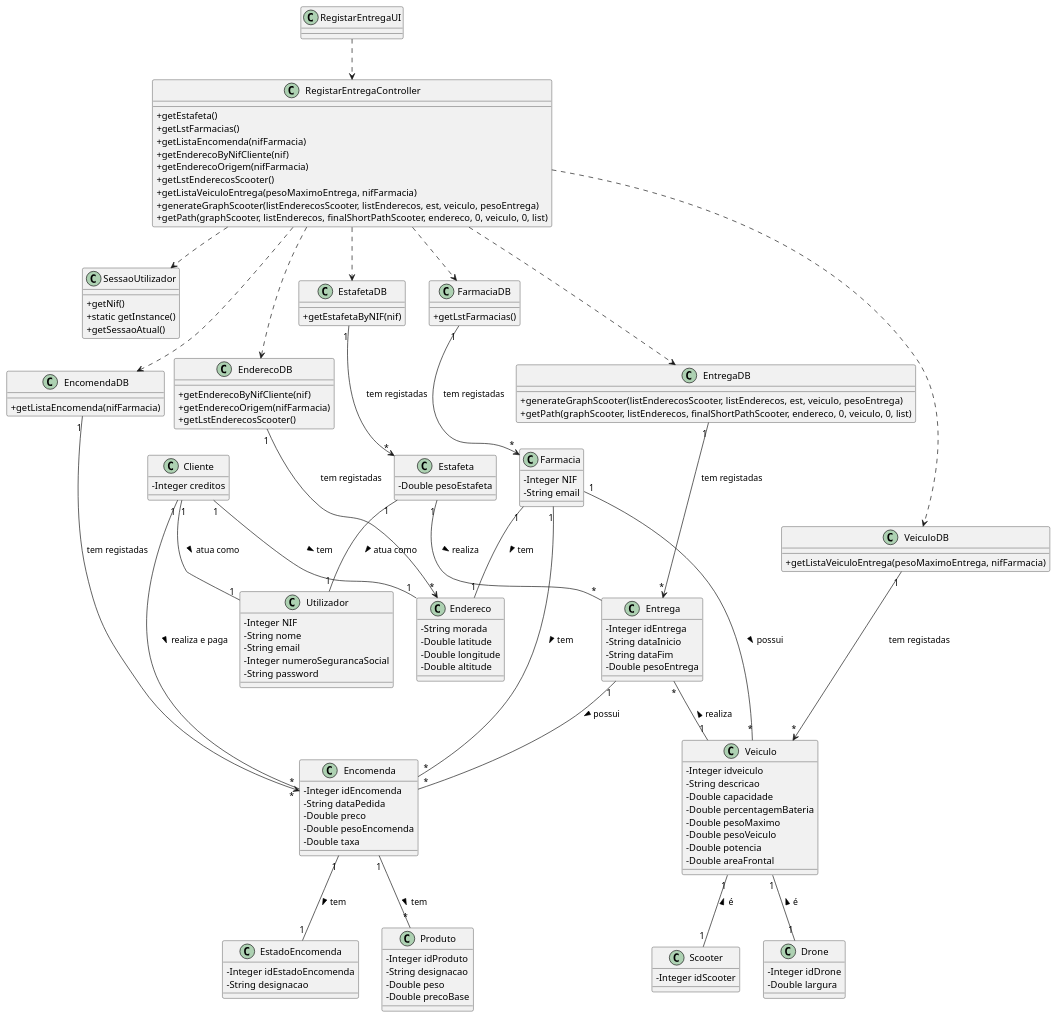
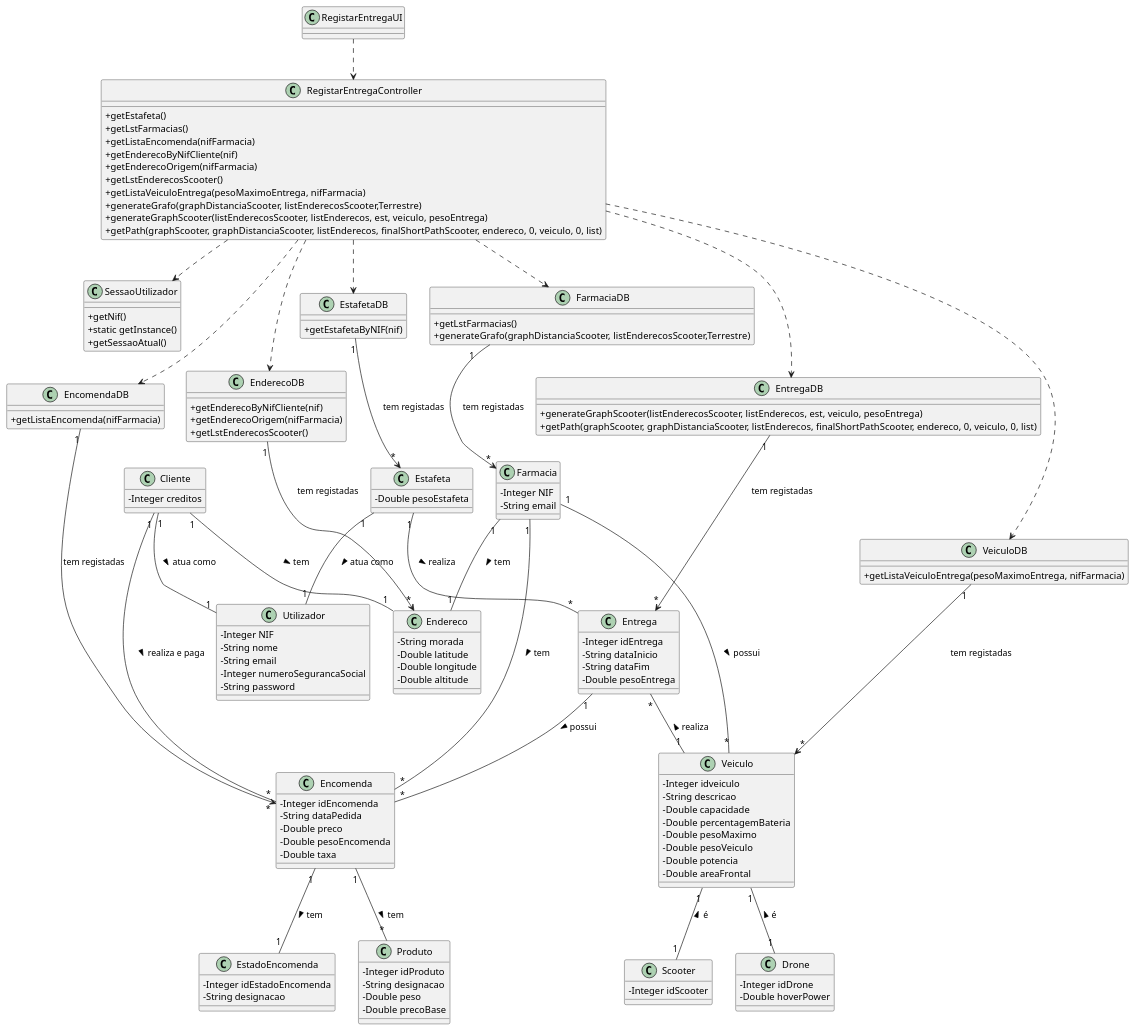
The diagram in docs/UC11/IniciaEntregaCD.puml (pedrolemos4/LAPR3), drawn with PlantUML before and after one commit. The commit also changed 27 other files, not shown here.

```diff
--- a/docs/UC11/IniciaEntregaCD.puml
+++ b/docs/UC11/IniciaEntregaCD.puml
@@ -1,159 +1,161 @@
 @startuml
 skinparam classAttributeIconSize 0
 
 class SessaoUtilizador{
   +getNif()
   +static getInstance()
   +getSessaoAtual()
 }
 
 class FarmaciaDB{
   +getLstFarmacias()
+  +generateGrafo(graphDistanciaScooter, listEnderecosScooter,Terrestre)
 }
 
 class VeiculoDB{
   +getListaVeiculoEntrega(pesoMaximoEntrega, nifFarmacia)
 }
 
 class EnderecoDB {
   +getEnderecoByNifCliente(nif)
   +getEnderecoOrigem(nifFarmacia)
   +getLstEnderecosScooter()
 }
 
 class EncomendaDB {
   +getListaEncomenda(nifFarmacia)
 }
 
 class Entrega {
   -Integer idEntrega
   -String dataInicio
   -String dataFim
   -Double pesoEntrega
 }
 
 class EntregaDB {
   +generateGraphScooter(listEnderecosScooter, listEnderecos, est, veiculo, pesoEntrega)
-  +getPath(graphScooter, listEnderecos, finalShortPathScooter, endereco, 0, veiculo, 0, list)
+  +getPath(graphScooter, graphDistanciaScooter, listEnderecos, finalShortPathScooter, endereco, 0, veiculo, 0, list)
 }
 
 class EstafetaDB {
   +getEstafetaByNIF(nif)
 }
 
 class RegistarEntregaController {
   +getEstafeta()
   +getLstFarmacias()
   +getListaEncomenda(nifFarmacia)
   +getEnderecoByNifCliente(nif)
   +getEnderecoOrigem(nifFarmacia)
   +getLstEnderecosScooter()
   +getListaVeiculoEntrega(pesoMaximoEntrega, nifFarmacia)
+  +generateGrafo(graphDistanciaScooter, listEnderecosScooter,Terrestre)
   +generateGraphScooter(listEnderecosScooter, listEnderecos, est, veiculo, pesoEntrega)
-  +getPath(graphScooter, listEnderecos, finalShortPathScooter, endereco, 0, veiculo, 0, list)
+  +getPath(graphScooter, graphDistanciaScooter, listEnderecos, finalShortPathScooter, endereco, 0, veiculo, 0, list)
 }
 
 class RegistarEntregaUI {
 }
 
 class Encomenda {
   -Integer idEncomenda
   -String dataPedida
   -Double preco
   -Double pesoEncomenda
   -Double taxa
 }
 
 class Estafeta {
   -Double pesoEstafeta
 }
 
 class Scooter {
   -Integer idScooter
 }
 
 class Endereco {
   -String morada
   -Double latitude
   -Double longitude
   -Double altitude
 }
 
 class Cliente {
   -Integer creditos
 }
 
 class EstadoEncomenda {
   -Integer idEstadoEncomenda
   -String designacao
 }
 
 class Produto {
   -Integer idProduto
   -String designacao
   -Double peso
   -Double precoBase
 }
 
 class Utilizador {
   -Integer NIF
   -String nome
   -String email
   -Integer numeroSegurancaSocial
   -String password
 }
 
 class Veiculo {
   -Integer idveiculo
   -String descricao
   -Double capacidade
   -Double percentagemBateria
   -Double pesoMaximo
   -Double pesoVeiculo
   -Double potencia
   -Double areaFrontal
 }
 
 class Drone {
   -Integer idDrone
-  -Double largura
+  -Double hoverPower
 }
 
 class Farmacia {
   -Integer NIF
   -String email
 }
 
 RegistarEntregaUI ..> RegistarEntregaController
 
 RegistarEntregaController ..> EstafetaDB
 RegistarEntregaController ..> EnderecoDB
 RegistarEntregaController ..> FarmaciaDB
 RegistarEntregaController ..> EntregaDB
 RegistarEntregaController ..> EncomendaDB
 RegistarEntregaController ..> VeiculoDB
 RegistarEntregaController ..> SessaoUtilizador
 
 EntregaDB "1" --> "*" Entrega : tem registadas
 EstafetaDB "1" --> "*" Estafeta : tem registadas
 EncomendaDB "1" --> "*" Encomenda : tem registadas
 EnderecoDB "1" --> "*" Endereco : tem registadas
 FarmaciaDB "1" --> "*" Farmacia : tem registadas
 VeiculoDB "1" --> "*" Veiculo : tem registadas
 
 Estafeta "1" -- "1" Utilizador: atua como >
 Cliente "1" -- "1" Utilizador: atua como >
 Veiculo "1" -- "1" Drone: é <
 Veiculo "1" -- "1" Scooter: é <
 Entrega "*" -- "1" Veiculo: realiza <
 Encomenda "1" -- "*" Produto: tem >
 Entrega "1" -- "*" Encomenda : possui >
 Estafeta "1" -- "*" Entrega: realiza >
 Cliente "1" -- "1" Endereco: tem >
 Cliente "1" -- "*" Encomenda: realiza e paga >
 Farmacia "1" -- "*" Encomenda: tem >
 Farmacia "1" -- "*" Veiculo: possui >
 Farmacia "1" -- "1" Endereco: tem >
 Encomenda "1" -- "1" EstadoEncomenda : tem >
 
 @enduml
```
